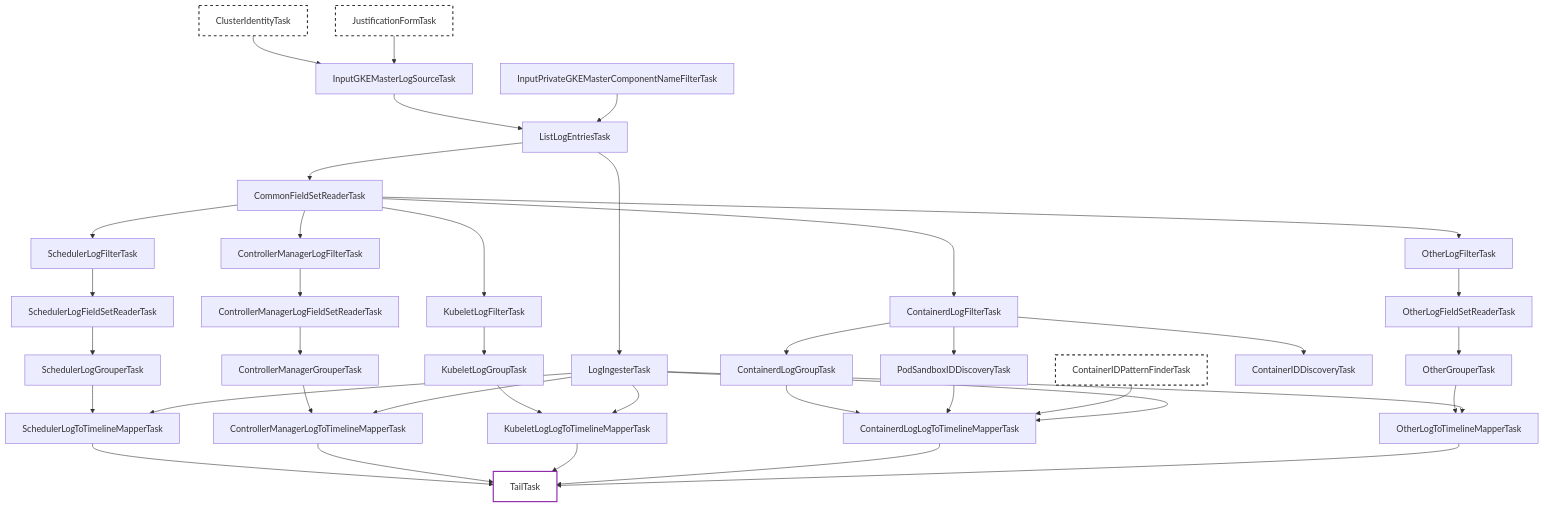
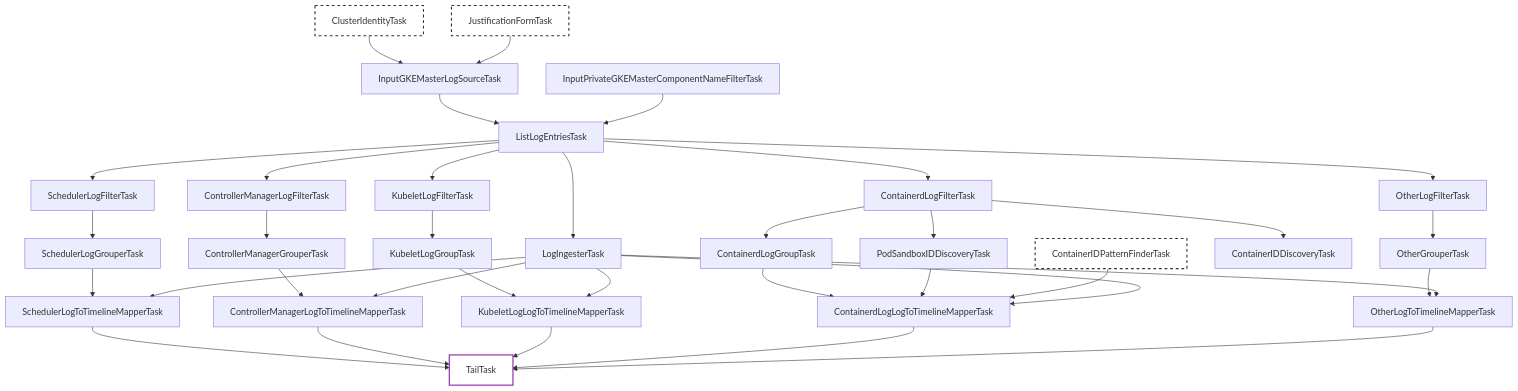
One commit to kyasbal/khi changed the diagram in pkg/task/inspection/privategkemaster/README.md. Above: the diagram before and after it, drawn with Mermaid. The commit also changed other lines of this file and 291 other files, not shown here.

First line of the commit message:
refactor(structured,parsers): optimize log parsing with FieldPath interning and Extractor pattern (#928)

```diff
--- a/pkg/task/inspection/privategkemaster/README.md
+++ b/pkg/task/inspection/privategkemaster/README.md
@@ -35,18 +35,15 @@
     %% Log Fetching
     ListLogEntries[ListLogEntriesTask]
     LogIngester[LogIngesterTask]
-    CommonReader[CommonFieldSetReaderTask]
 
     %% Pipelines
     %% Scheduler
     SchedFilter[SchedulerLogFilterTask]
-    SchedReader[SchedulerLogFieldSetReaderTask]
     SchedGrouper[SchedulerLogGrouperTask]
     SchedMapper[SchedulerLogToTimelineMapperTask]
 
     %% Controller Manager
     CtrlFilter[ControllerManagerLogFilterTask]
-    CtrlReader[ControllerManagerLogFieldSetReaderTask]
     CtrlGrouper[ControllerManagerGrouperTask]
     CtrlMapper[ControllerManagerLogToTimelineMapperTask]
 
@@ -64,7 +61,6 @@
 
     %% Other
     OtherFilter[OtherLogFilterTask]
-    OtherReader[OtherLogFieldSetReaderTask]
     OtherGrouper[OtherGrouperTask]
     OtherMapper[OtherLogToTimelineMapperTask]
 
@@ -79,27 +75,24 @@
     ComponentFilter --> ListLogEntries
 
     ListLogEntries --> LogIngester
-    ListLogEntries --> CommonReader
 
     %% Pipeline Routes
-    CommonReader --> SchedFilter
-    SchedFilter --> SchedReader
-    SchedReader --> SchedGrouper
+    ListLogEntries --> SchedFilter
+    SchedFilter --> SchedGrouper
     SchedGrouper --> SchedMapper
     LogIngester --> SchedMapper
 
-    CommonReader --> CtrlFilter
-    CtrlFilter --> CtrlReader
-    CtrlReader --> CtrlGrouper
+    ListLogEntries --> CtrlFilter
+    CtrlFilter --> CtrlGrouper
     CtrlGrouper --> CtrlMapper
     LogIngester --> CtrlMapper
 
-    CommonReader --> KubeletFilter
+    ListLogEntries --> KubeletFilter
     KubeletFilter --> KubeletGrouper
     KubeletGrouper --> KubeletMapper
     LogIngester --> KubeletMapper
 
-    CommonReader --> ContFilter
+    ListLogEntries --> ContFilter
     ContFilter --> ContGrouper
     ContFilter --> ContPodSandboxDiscovery
     ContFilter --> ContIDDiscovery
@@ -108,9 +101,8 @@
     ContainerIDPatternFinder --> ContMapper
     LogIngester --> ContMapper
 
-    CommonReader --> OtherFilter
-    OtherFilter --> OtherReader
-    OtherReader --> OtherGrouper
+    ListLogEntries --> OtherFilter
+    OtherFilter --> OtherGrouper
     OtherGrouper --> OtherMapper
     LogIngester --> OtherMapper
 
```
